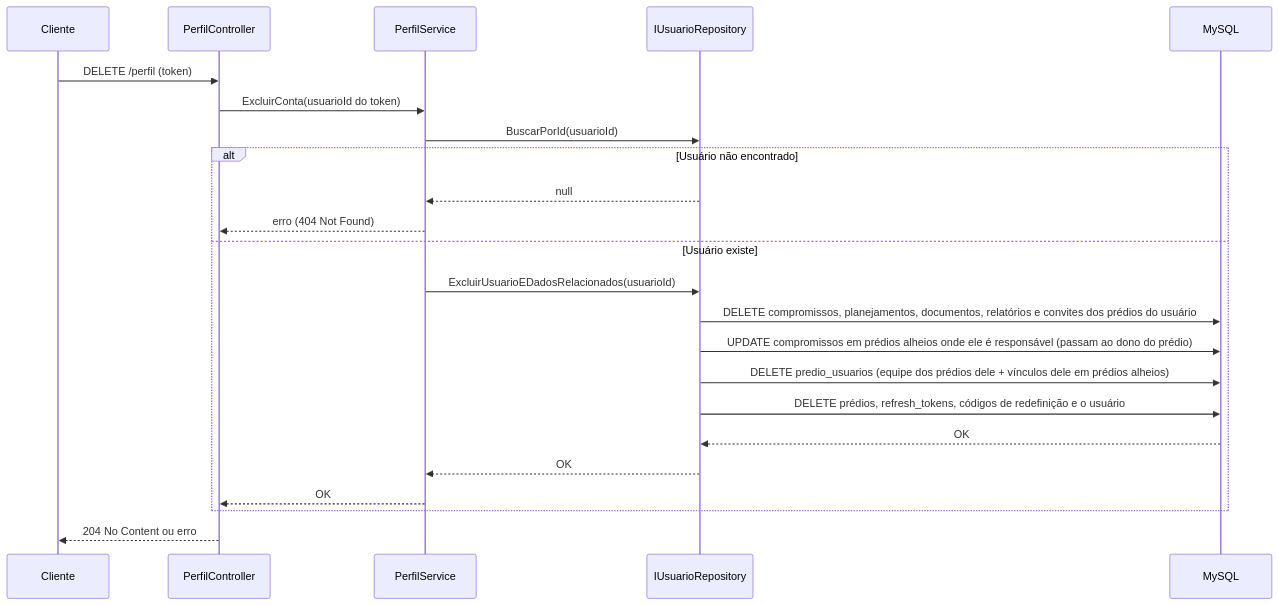
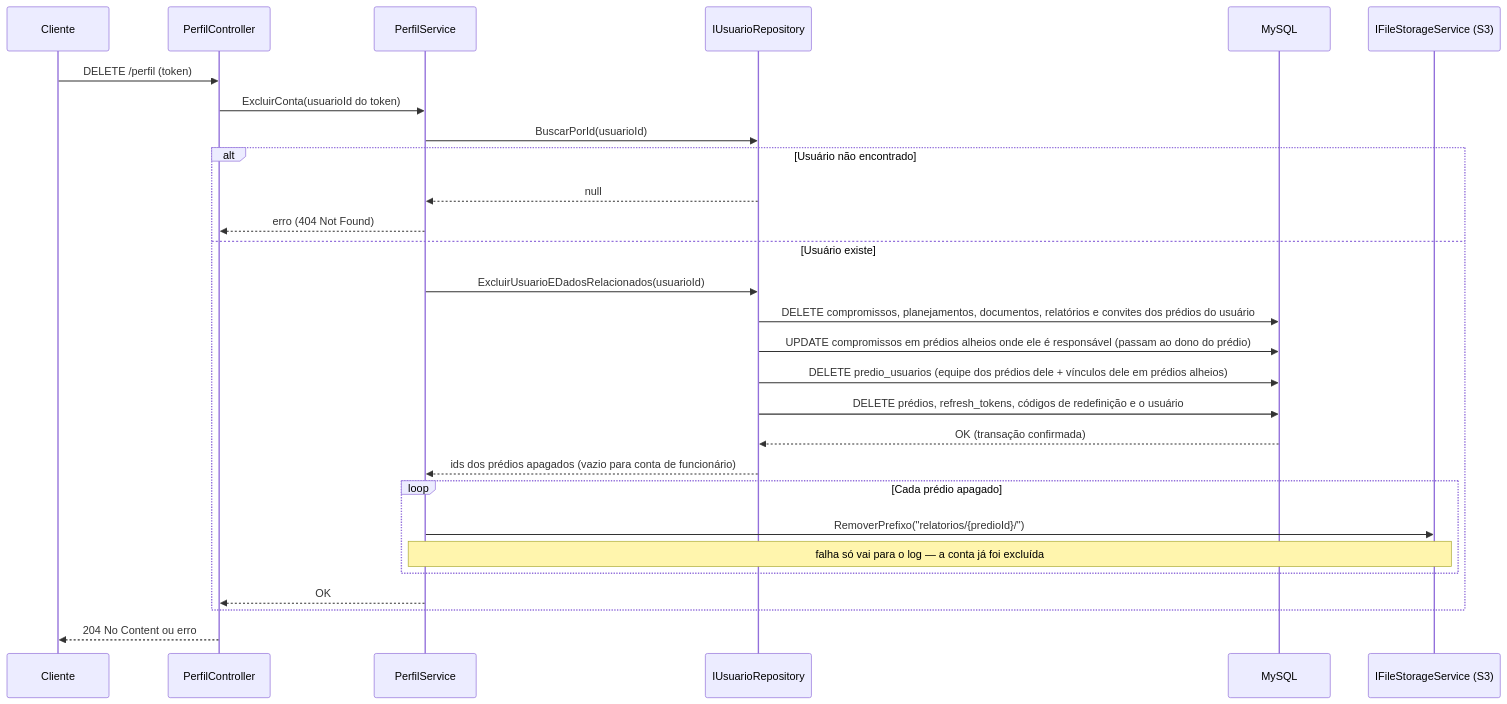
Before and after one commit to pdrollucas/euSindico: the seventh of 8 diagrams in backend/documentation/AUTHENTICATION.md, drawn with Mermaid. The commit also changed other lines of this file and 15 other files, not shown here.

````diff
--- a/backend/documentation/AUTHENTICATION.md
+++ b/backend/documentation/AUTHENTICATION.md
@@ -328,26 +328,31 @@
 ```mermaid
 sequenceDiagram
     participant C as Cliente
     participant P as PerfilController
     participant S as PerfilService
     participant R as IUsuarioRepository
     participant DB as MySQL
+    participant FS as IFileStorageService (S3)
 
     C->>P: DELETE /perfil (token)
     P->>S: ExcluirConta(usuarioId do token)
     S->>R: BuscarPorId(usuarioId)
     alt Usuário não encontrado
         R-->>S: null
         S-->>P: erro (404 Not Found)
     else Usuário existe
         S->>R: ExcluirUsuarioEDadosRelacionados(usuarioId)
         R->>DB: DELETE compromissos, planejamentos, documentos, relatórios e convites dos prédios do usuário
         R->>DB: UPDATE compromissos em prédios alheios onde ele é responsável (passam ao dono do prédio)
         R->>DB: DELETE predio_usuarios (equipe dos prédios dele + vínculos dele em prédios alheios)
         R->>DB: DELETE prédios, refresh_tokens, códigos de redefinição e o usuário
-        DB-->>R: OK
-        R-->>S: OK
+        DB-->>R: OK (transação confirmada)
+        R-->>S: ids dos prédios apagados (vazio para conta de funcionário)
+        loop Cada prédio apagado
+            S->>FS: RemoverPrefixo("relatorios/{predioId}/")
+            Note over S,FS: falha só vai para o log — a conta já foi excluída
+        end
         S-->>P: OK
     end
     P-->>C: 204 No Content ou erro
 ```
````
